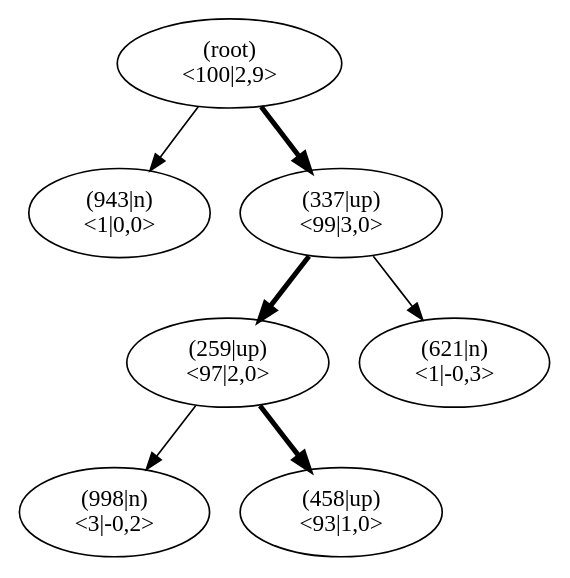
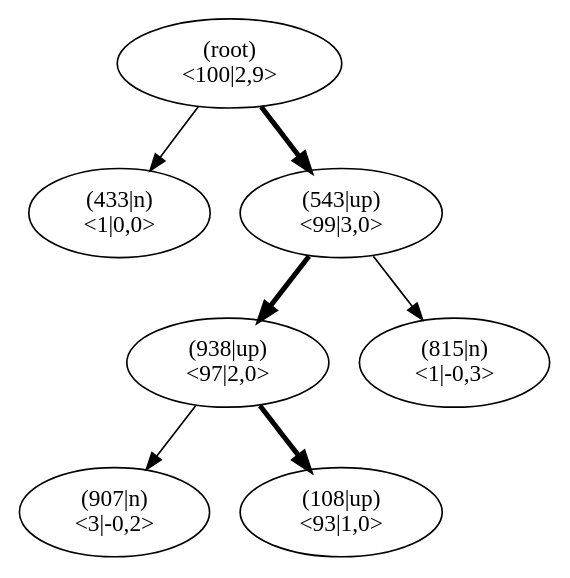
The diagram in pictures/ch13/jumper_test_mcts.dot (JonasHellgren/relexp-java), drawn with Graphviz before and after one commit. The commit also changed 15 other files, not shown here.

```diff
--- a/pictures/ch13/jumper_test_mcts.dot
+++ b/pictures/ch13/jumper_test_mcts.dot
@@ -1,23 +1,23 @@
 digraph MCTS {
 node [shape=ellipse];
 Nroot [label="(root)
 <100|2,9>"];
-Nroot -> N943[penwidth=1];
-N943 [label="(943|n)
+Nroot -> N433[penwidth=1];
+N433 [label="(433|n)
 <1|0,0>"];
-Nroot -> N337[penwidth=3];
-N337 [label="(337|up)
+Nroot -> N543[penwidth=3];
+N543 [label="(543|up)
 <99|3,0>"];
-N337 -> N259[penwidth=3];
-N259 [label="(259|up)
+N543 -> N938[penwidth=3];
+N938 [label="(938|up)
 <97|2,0>"];
-N259 -> N998[penwidth=1];
-N998 [label="(998|n)
+N938 -> N907[penwidth=1];
+N907 [label="(907|n)
 <3|-0,2>"];
-N259 -> N458[penwidth=3];
-N458 [label="(458|up)
+N938 -> N108[penwidth=3];
+N108 [label="(108|up)
 <93|1,0>"];
-N337 -> N621[penwidth=1];
-N621 [label="(621|n)
+N543 -> N815[penwidth=1];
+N815 [label="(815|n)
 <1|-0,3>"];
 }
```
